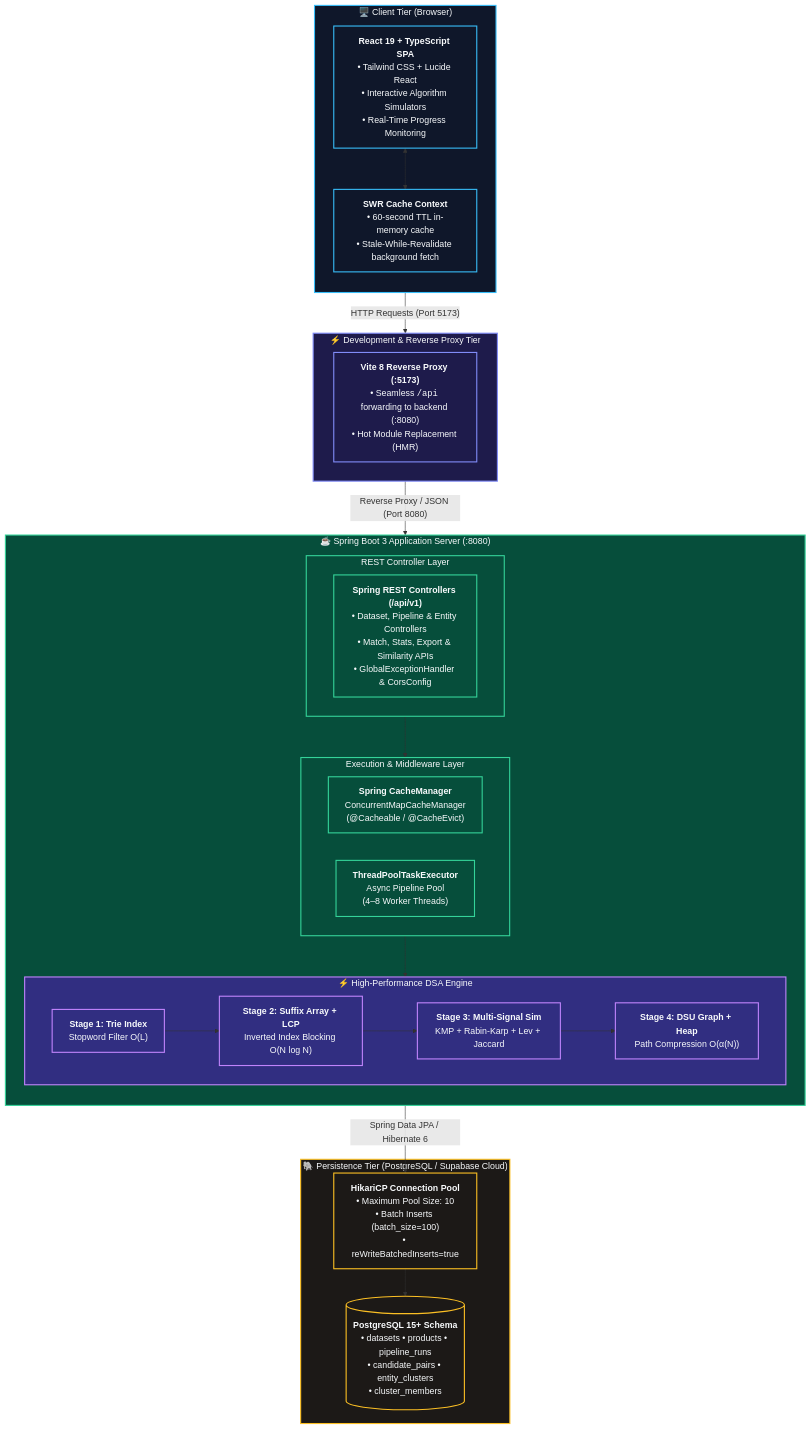
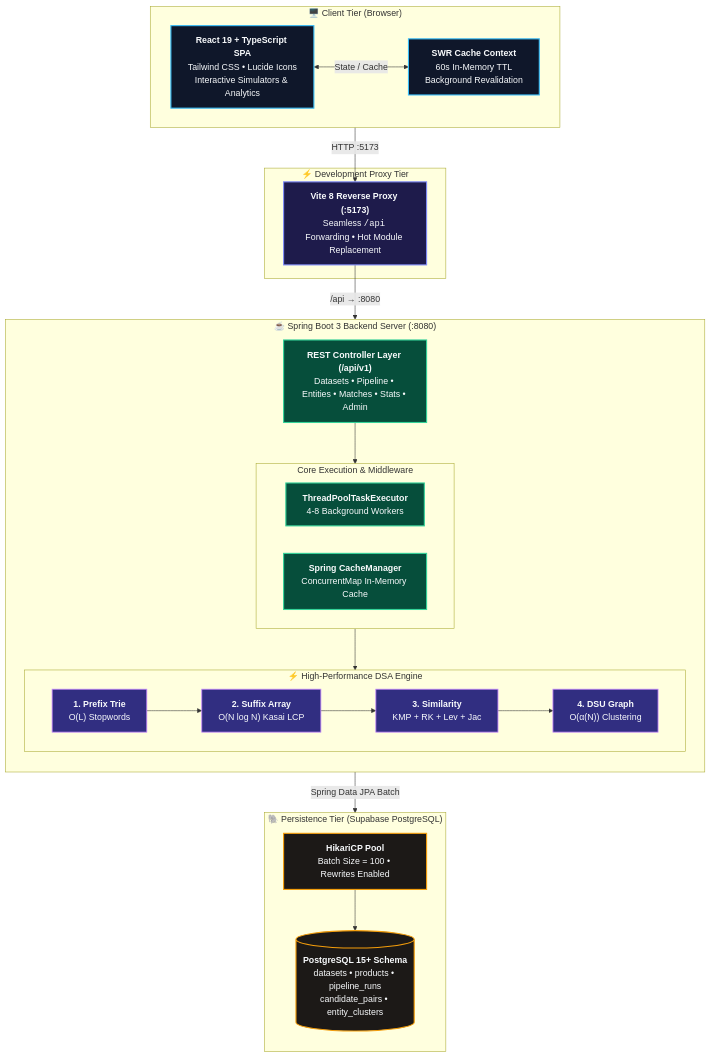
The first of 3 diagrams in README.md (Bhargava-007/DSA3-2-1), drawn with Mermaid before and after one commit. The commit also changed other lines of this file and 73 other files, not shown here.

````diff
--- a/README.md
+++ b/README.md
@@ -225,60 +237,60 @@
 ```mermaid
-flowchart TD
-    subgraph ClientTier[" 🖥️ Client Tier (Browser) "]
-        direction TB
-        ReactApp["<b>React 19 + TypeScript SPA</b><br/>• Tailwind CSS + Lucide React<br/>• Interactive Algorithm Simulators<br/>• Real-Time Progress Monitoring"]
-        SWR["<b>SWR Cache Context</b><br/>• 60-second TTL in-memory cache<br/>• Stale-While-Revalidate background fetch"]
-        ReactApp <--> SWR
+flowchart TB
+    subgraph CLIENT ["🖥️ Client Tier (Browser)"]
+        direction LR
+        SPA["<b>React 19 + TypeScript SPA</b><br/>Tailwind CSS • Lucide Icons<br/>Interactive Simulators & Analytics"]
+        SWR["<b>SWR Cache Context</b><br/>60s In-Memory TTL<br/>Background Revalidation"]
+        SPA <-->|"State / Cache"| SWR
     end
 
-    subgraph GatewayTier[" ⚡ Development & Reverse Proxy Tier "]
-        Vite["<b>Vite 8 Reverse Proxy (:5173)</b><br/>• Seamless <code>/api</code> forwarding to backend (:8080)<br/>• Hot Module Replacement (HMR)"]
+    subgraph PROXY ["⚡ Development Proxy Tier"]
+        VITE["<b>Vite 8 Reverse Proxy (:5173)</b><br/>Seamless <code>/api</code> Forwarding • Hot Module Replacement"]
     end
 
-    subgraph BackendTier[" ☕ Spring Boot 3 Application Server (:8080) "]
+    subgraph BACKEND ["☕ Spring Boot 3 Backend Server (:8080)"]
         direction TB
-        subgraph Controllers["REST Controller Layer"]
-            C_API["<b>Spring REST Controllers (/api/v1)</b><br/>• Dataset, Pipeline & Entity Controllers<br/>• Match, Stats, Export & Similarity APIs<br/>• GlobalExceptionHandler & CorsConfig"]
+        CTRL["<b>REST Controller Layer (/api/v1)</b><br/>Datasets • Pipeline • Entities • Matches • Stats • Admin"]
+        
+        subgraph CORE ["Core Execution & Middleware"]
+            direction LR
+            EXEC["<b>ThreadPoolTaskExecutor</b><br/>4-8 Background Workers"]
+            CACHE["<b>Spring CacheManager</b><br/>ConcurrentMap In-Memory Cache"]
         end
 
-        subgraph Middleware["Execution & Middleware Layer"]
-            CacheMgr["<b>Spring CacheManager</b><br/>ConcurrentMapCacheManager<br/>(@Cacheable / @CacheEvict)"]
-            ThreadPool["<b>ThreadPoolTaskExecutor</b><br/>Async Pipeline Pool<br/>(4–8 Worker Threads)"]
+        subgraph PIPELINE ["⚡ High-Performance DSA Engine"]
+            direction LR
+            P1["<b>1. Prefix Trie</b><br/>O(L) Stopwords"]
+            P2["<b>2. Suffix Array</b><br/>O(N log N) Kasai LCP"]
+            P3["<b>3. Similarity</b><br/>KMP + RK + Lev + Jac"]
+            P4["<b>4. DSU Graph</b><br/>O(α(N)) Clustering"]
+            P1 --> P2 --> P3 --> P4
         end
 
-        subgraph DSAPipeline["⚡ High-Performance DSA Engine"]
-            direction LR
-            Trie["<b>Stage 1: Trie Index</b><br/>Stopword Filter O(L)"]
-            SA["<b>Stage 2: Suffix Array + LCP</b><br/>Inverted Index Blocking O(N log N)"]
-            SimEngine["<b>Stage 3: Multi-Signal Sim</b><br/>KMP + Rabin-Karp + Lev + Jaccard"]
-            Clustering["<b>Stage 4: DSU Graph + Heap</b><br/>Path Compression O(α(N))"]
-
-            Trie --> SA --> SimEngine --> Clustering
-        end
-
-        Controllers --> Middleware
-        Middleware --> DSAPipeline
+        CTRL --> CORE
+        CORE --> P1
     end
 
-    subgraph StorageTier[" 🐘 Persistence Tier (PostgreSQL / Supabase Cloud) "]
-        Hikari["<b>HikariCP Connection Pool</b><br/>• Maximum Pool Size: 10<br/>• Batch Inserts (batch_size=100)<br/>• reWriteBatchedInserts=true"]
-        Database[("<b>PostgreSQL 15+ Schema</b><br/>• datasets • products • pipeline_runs<br/>• candidate_pairs • entity_clusters<br/>• cluster_members")]
-        Hikari --> Database
+    subgraph STORAGE ["🐘 Persistence Tier (Supabase PostgreSQL)"]
+        direction TB
+        HIKARI["<b>HikariCP Pool</b><br/>Batch Size = 100 • Rewrites Enabled"]
+        PG[("<b>PostgreSQL 15+ Schema</b><br/>datasets • products • pipeline_runs<br/>candidate_pairs • entity_clusters")]
+        HIKARI --> PG
     end
 
-    ClientTier -- "HTTP Requests (Port 5173)" --> GatewayTier
-    GatewayTier -- "Reverse Proxy / JSON (Port 8080)" --> Controllers
-    DSAPipeline -- "Spring Data JPA / Hibernate 6" --> Hikari
+    SPA -->|"HTTP :5173"| VITE
+    VITE -->|"/api → :8080"| CTRL
+    P4 -->|"Spring Data JPA Batch"| HIKARI
 
-    classDef clientBox fill:#0f172a,stroke:#38bdf8,stroke-width:2px,color:#f8fafc;
-    classDef gateBox fill:#1e1b4b,stroke:#818cf8,stroke-width:2px,color:#f8fafc;
-    classDef backBox fill:#064e3b,stroke:#34d399,stroke-width:2px,color:#f8fafc;
-    classDef dsaBox fill:#312e81,stroke:#c084fc,stroke-width:2px,color:#f8fafc;
-    classDef dbBox fill:#1c1917,stroke:#fbbf24,stroke-width:2px,color:#f8fafc;
+    %% Premium Theme Styling
+    classDef clientStyle fill:#0f172a,stroke:#38bdf8,stroke-width:2px,color:#f8fafc;
+    classDef proxyStyle fill:#1e1b4b,stroke:#818cf8,stroke-width:2px,color:#f8fafc;
+    classDef serverStyle fill:#064e3b,stroke:#34d399,stroke-width:2px,color:#f8fafc;
+    classDef dsaStyle fill:#312e81,stroke:#c084fc,stroke-width:1.5px,color:#f8fafc;
+    classDef dbStyle fill:#1c1917,stroke:#f59e0b,stroke-width:2px,color:#f8fafc;
 
-    class ClientTier,ReactApp,SWR clientBox;
-    class GatewayTier,Vite gateBox;
-    class BackendTier,Controllers,C_API,Middleware,CacheMgr,ThreadPool backBox;
-    class DSAPipeline,Trie,SA,SimEngine,Clustering dsaBox;
-    class StorageTier,Hikari,Database dbBox;
+    class SPA,SWR clientStyle;
+    class VITE proxyStyle;
+    class CTRL,EXEC,CACHE serverStyle;
+    class P1,P2,P3,P4 dsaStyle;
+    class HIKARI,PG dbStyle;
 ```
````
